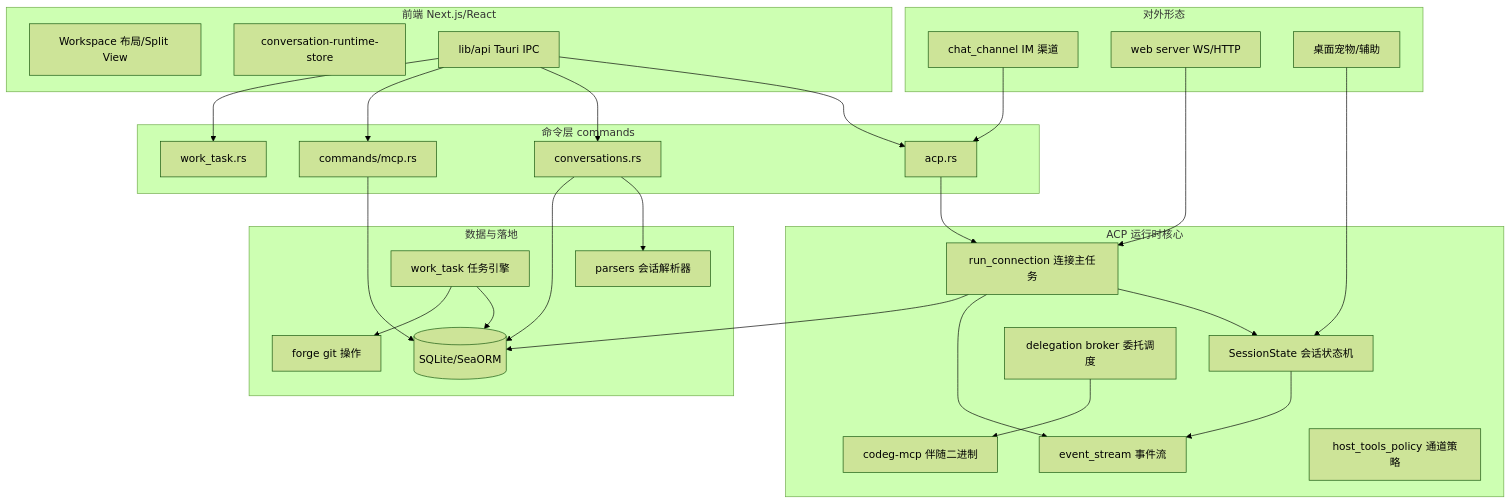
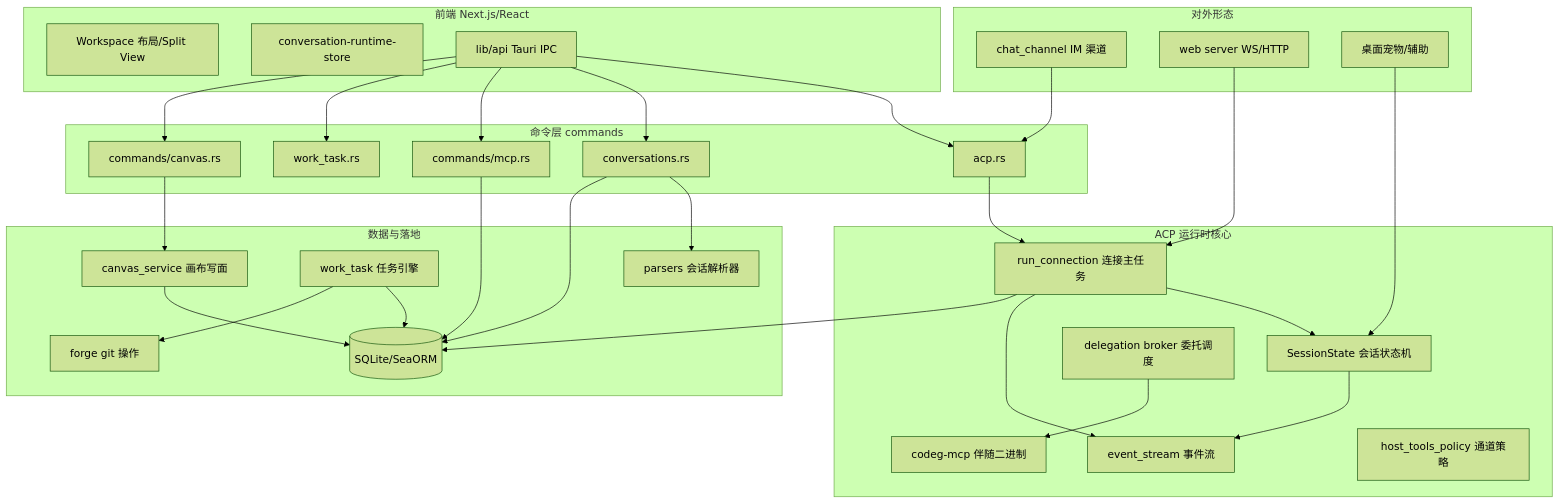
Before and after one commit to morehao/oss-insights: the first of 2 diagrams in ai-agent/codeg/README.md, drawn with Mermaid (forest theme). The commit also changed other lines of this file and 9 other files, not shown here.

````diff
--- a/ai-agent/codeg/README.md
+++ b/ai-agent/codeg/README.md
@@ -75,60 +81,65 @@
 ```mermaid
 graph TB
     subgraph 前端 Next.js/React
         WS[Workspace 布局/Split View]
         RS[conversation-runtime-store]
         API[lib/api Tauri IPC]
     end
 
     subgraph 命令层 commands
         ACP[acp.rs]
         CONV[conversations.rs]
         MCP[commands/mcp.rs]
         WT[work_task.rs]
+        CANVAS[commands/canvas.rs]
     end
 
     subgraph ACP 运行时核心
         RC[run_connection 连接主任务]
         SS[SessionState 会话状态机]
         ES[event_stream 事件流]
         BZ[delegation broker 委托调度]
         CM[codeg-mcp 伴随二进制]
         HM[host_tools_policy 通道策略]
     end
 
     subgraph 数据与落地
         DB[(SQLite/SeaORM)]
         PAR[parsers 会话解析器]
         WTE[work_task 任务引擎]
         FR[forge git 操作]
+        CS[canvas_service 画布写面]
     end
 
     subgraph 对外形态
         CH[chat_channel IM 渠道]
         WEB[web server WS/HTTP]
         PET[桌面宠物/辅助]
     end
 
     API --> ACP
     API --> CONV
     API --> MCP
     API --> WT
+    API --> CANVAS
 
     ACP --> RC
     RC --> SS
     RC --> ES
     BZ --> CM
     SS --> ES
 
     RC --> DB
     CONV --> PAR
     CONV --> DB
     WTE --> DB
     WTE --> FR
     MCP --> DB
+    CS --> DB
+    CANVAS --> CS
 
     CH --> ACP
     WEB --> RC
     PET --> SS
 
 ```
````
